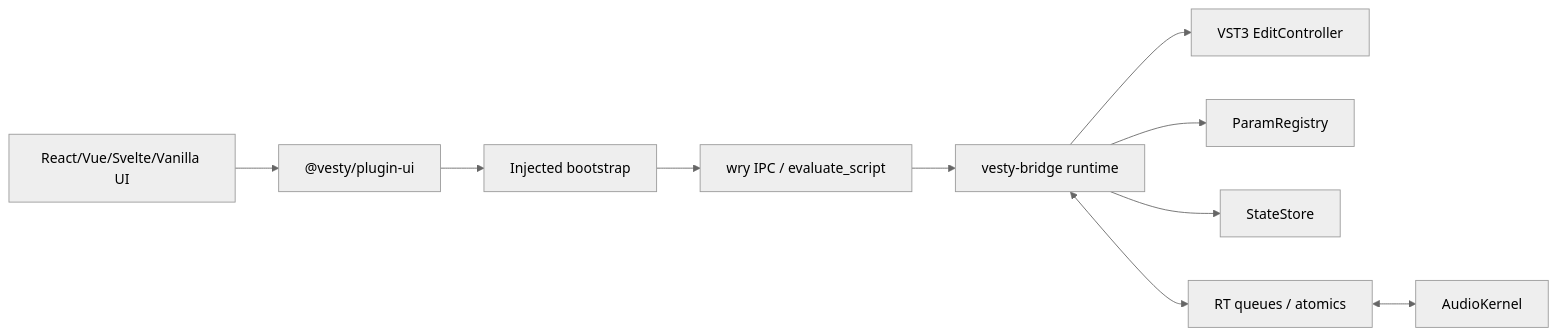
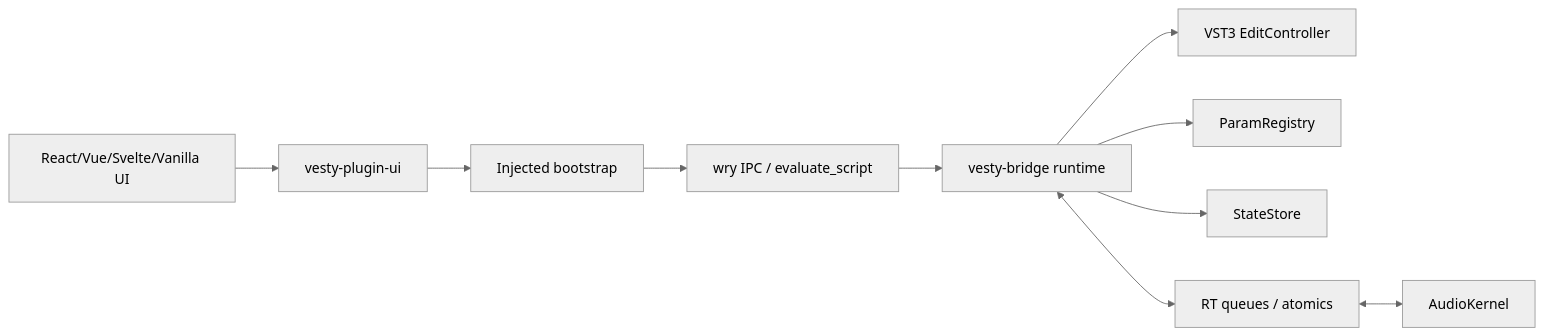
The diagram in .agents/12-jsbridge-design.md (backrunner/vesty), drawn with Mermaid (neutral theme) before and after one commit. The commit also changed other lines of this file and 36 other files, not shown here.

````diff
--- a/.agents/12-jsbridge-design.md
+++ b/.agents/12-jsbridge-design.md
@@ -43,23 +43,23 @@
 ```mermaid
 flowchart LR
   UI["React/Vue/Svelte/Vanilla UI"]
-  JSCore["@vesty/plugin-ui"]
+  JSCore["vesty-plugin-ui"]
   Inject["Injected bootstrap"]
   Wry["wry IPC / evaluate_script"]
   Bridge["vesty-bridge runtime"]
   Controller["VST3 EditController"]
   Params["ParamRegistry"]
   State["StateStore"]
   RT["RT queues / atomics"]
   Audio["AudioKernel"]
 
   UI --> JSCore
   JSCore --> Inject
   Inject --> Wry
   Wry --> Bridge
   Bridge --> Controller
   Bridge --> Params
   Bridge --> State
   Bridge <--> RT
   RT <--> Audio
 ```
````
